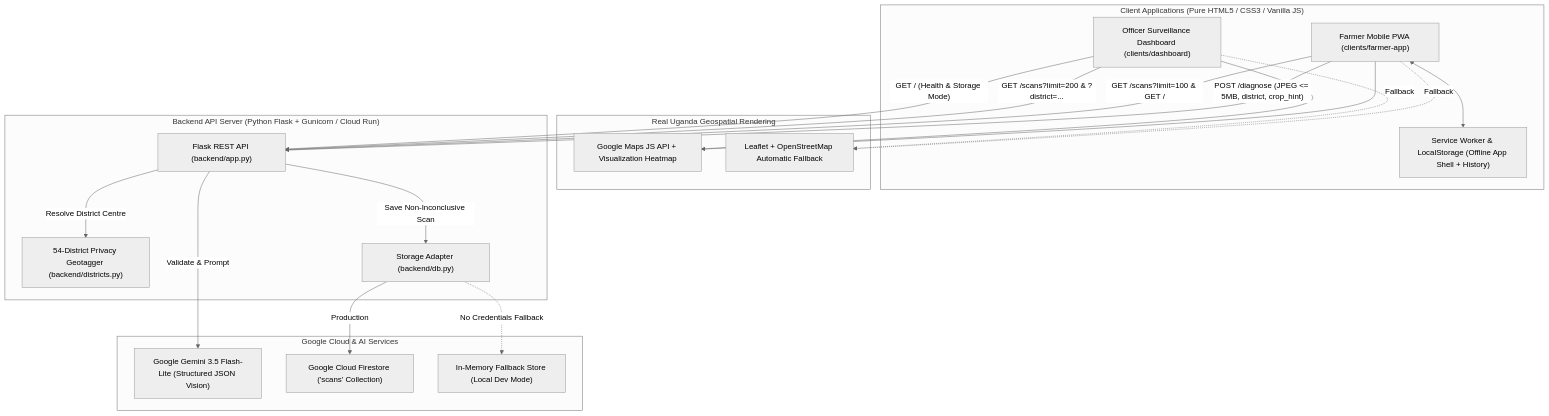
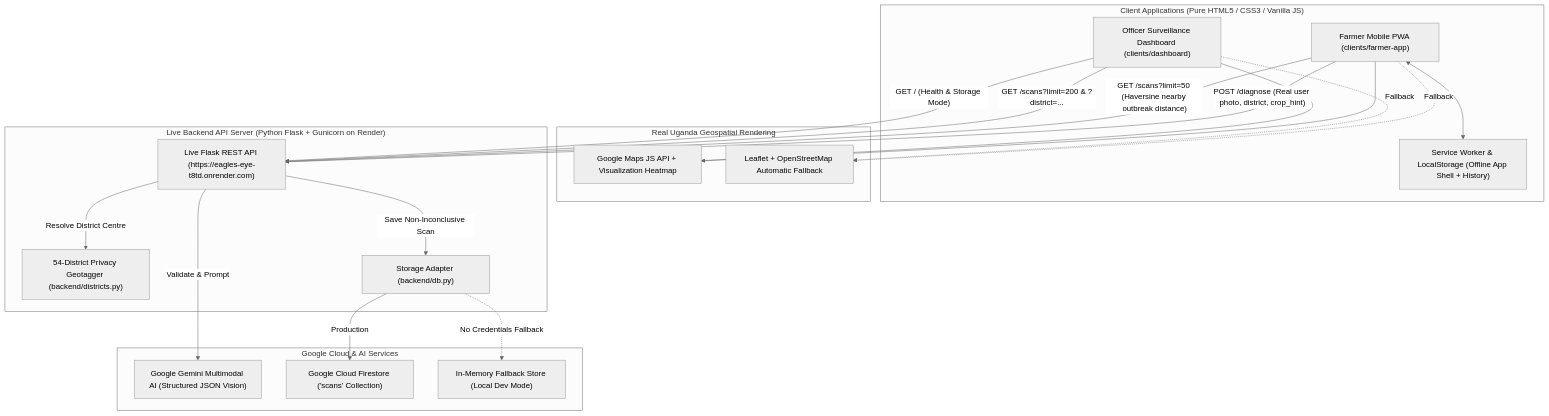
The first of 4 diagrams in README.md (Wasswa-Phen/eagles-eye), drawn with Mermaid (neutral theme) before and after one commit. The commit also changed other lines of this file and 13 other files, not shown here.

````diff
--- a/README.md
+++ b/README.md
@@ -22,42 +22,42 @@
 ```mermaid
 flowchart TD
     subgraph Clients["Client Applications (Pure HTML5 / CSS3 / Vanilla JS)"]
         FA["Farmer Mobile PWA (clients/farmer-app)"]
         DB["Officer Surveillance Dashboard (clients/dashboard)"]
         SW["Service Worker & LocalStorage (Offline App Shell + History)"]
         FA <--> SW
     end
 
     subgraph Maps["Real Uganda Geospatial Rendering"]
         GM["Google Maps JS API + Visualization Heatmap"]
         LF["Leaflet + OpenStreetMap Automatic Fallback"]
     end
 
-    subgraph Backend["Backend API Server (Python Flask + Gunicorn / Cloud Run)"]
-        API["Flask REST API (backend/app.py)"]
+    subgraph Backend["Live Backend API Server (Python Flask + Gunicorn on Render)"]
+        API["Live Flask REST API (https://eagles-eye-t8td.onrender.com)"]
         DIST["54-District Privacy Geotagger (backend/districts.py)"]
         STORE["Storage Adapter (backend/db.py)"]
     end
 
     subgraph Cloud["Google Cloud & AI Services"]
-        GEM["Google Gemini 3.5 Flash-Lite (Structured JSON Vision)"]
+        GEM["Google Gemini Multimodal AI (Structured JSON Vision)"]
         FS["Google Cloud Firestore ('scans' Collection)"]
         MEM["In-Memory Fallback Store (Local Dev Mode)"]
     end
 
-    FA -->|"POST /diagnose (JPEG <= 5MB, district, crop_hint)"| API
-    FA -->|"GET /scans?limit=100 & GET /"| API
+    FA -->|"POST /diagnose (Real user photo, district, crop_hint)"| API
+    FA -->|"GET /scans?limit=50 (Haversine nearby outbreak distance)"| API
     DB -->|"GET /scans?limit=200 & ?district=..."| API
     DB -->|"GET / (Health & Storage Mode)"| API
 
     FA --> GM
     FA -.->|"Fallback"| LF
     DB --> GM
     DB -.->|"Fallback"| LF
 
     API -->|"Validate & Prompt"| GEM
     API -->|"Resolve District Centre"| DIST
     API -->|"Save Non-Inconclusive Scan"| STORE
     STORE -->|"Production"| FS
     STORE -.->|"No Credentials Fallback"| MEM
 ```
````
